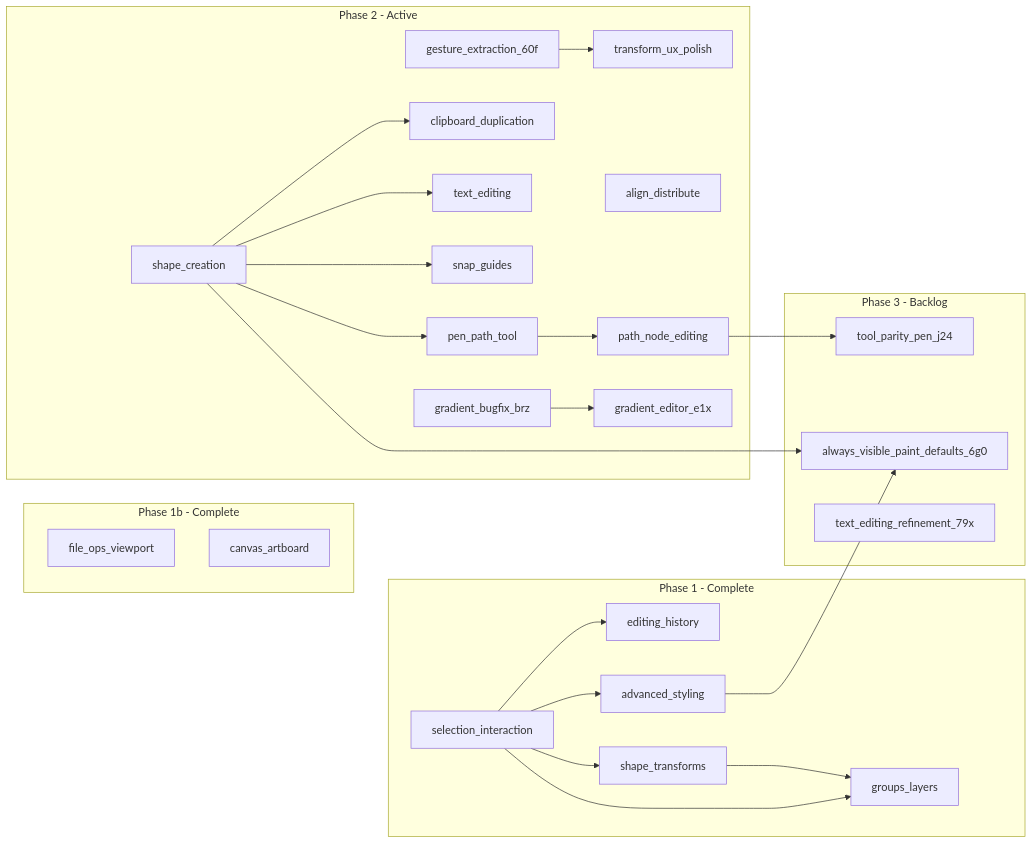
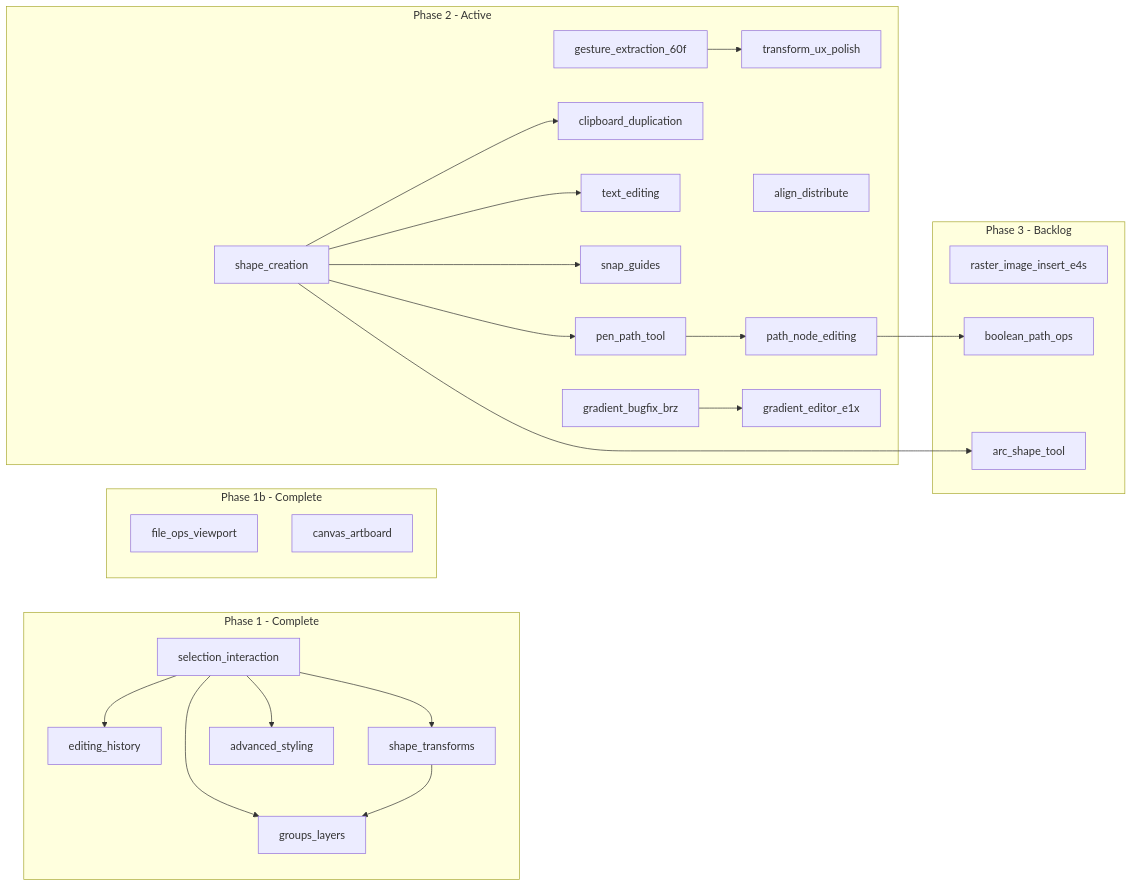
The diagram in plans/ROADMAP.md (nbeckindy/svg-editor), drawn with Mermaid before and after one commit. The commit also changed other lines of this file and 5 other files, not shown here.

First line of the commit message:
Update ROADMAP.md and tool-parity-pen.md to reflect epic closures and migrations

````diff
--- a/plans/ROADMAP.md
+++ b/plans/ROADMAP.md
@@ -106,51 +114,50 @@
 ```mermaid
 flowchart LR
   subgraph phase1 [Phase 1 - Complete]
     e1[selection_interaction]
     e2[editing_history]
     e3[shape_transforms]
     e4[groups_layers]
     e5[advanced_styling]
     e1 --> e2
     e1 --> e3
     e1 --> e4
     e3 --> e4
     e1 --> e5
   end
 
   subgraph phase1b [Phase 1b - Complete]
     e9[file_ops_viewport]
     e14[canvas_artboard]
   end
 
   subgraph phase2 [Phase 2 - Active]
     refactor[gesture_extraction_60f]
     e6[transform_ux_polish]
     e7[shape_creation]
     e8[clipboard_duplication]
     e10[text_editing]
     e11[align_distribute]
     e12[snap_guides]
     e13[pen_path_tool]
     e15[path_node_editing]
     bugfix_brz[gradient_bugfix_brz]
     gradient_e1x[gradient_editor_e1x]
     refactor --> e6
     e7 --> e8
     e7 --> e10
     e7 --> e12
     e7 --> e13
     e13 --> e15
     bugfix_brz --> gradient_e1x
   end
 
   subgraph phase3 [Phase 3 - Backlog]
-    e17[tool_parity_pen_j24]
-    e18[always_visible_paint_defaults_6g0]
-    e20[text_editing_refinement_79x]
+    e19[raster_image_insert_e4s]
+    e21[boolean_path_ops]
+    e22[arc_shape_tool]
   end
 
-  e15 --> e17
-  e5 --> e18
-  e7 --> e18
+  e15 --> e21
+  e7 --> e22
 ```
````
